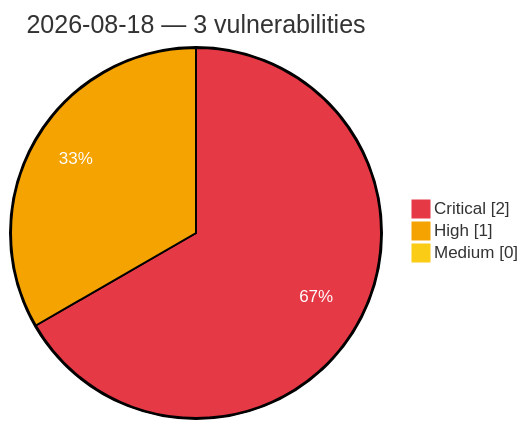
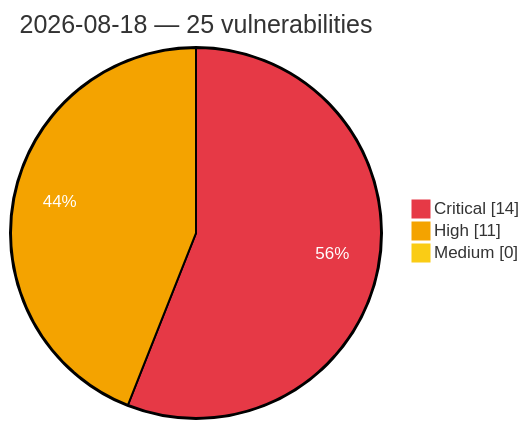
The diagram in vulnerabilities/2026/August/2026-08-18.md (GhostX0X/vuln-tracker), drawn with Mermaid before and after one commit. The commit also changed other lines of this file and 5 other files, not shown here.

Commit message:
Auto update: critical/high vulns (2026-08-18 12:39 UTC)

````diff
--- a/vulnerabilities/2026/August/2026-08-18.md
+++ b/vulnerabilities/2026/August/2026-08-18.md
@@ -3,8 +3,8 @@
 ```mermaid
 %%{init: {'theme':'base', 'themeVariables': {'pie1':'#e63946', 'pie2':'#f4a300', 'pie3':'#facc15', 'pieOpacity':'1', 'pieOuterStrokeWidth':'2px', 'pieSectionTextColor':'#ffffff'}}}%%
 pie showData
-    title 2026-08-18 — 3 vulnerabilities
-    "Critical" : 2
-    "High" : 1
+    title 2026-08-18 — 25 vulnerabilities
+    "Critical" : 14
+    "High" : 11
     "Medium" : 0
 ```
````
